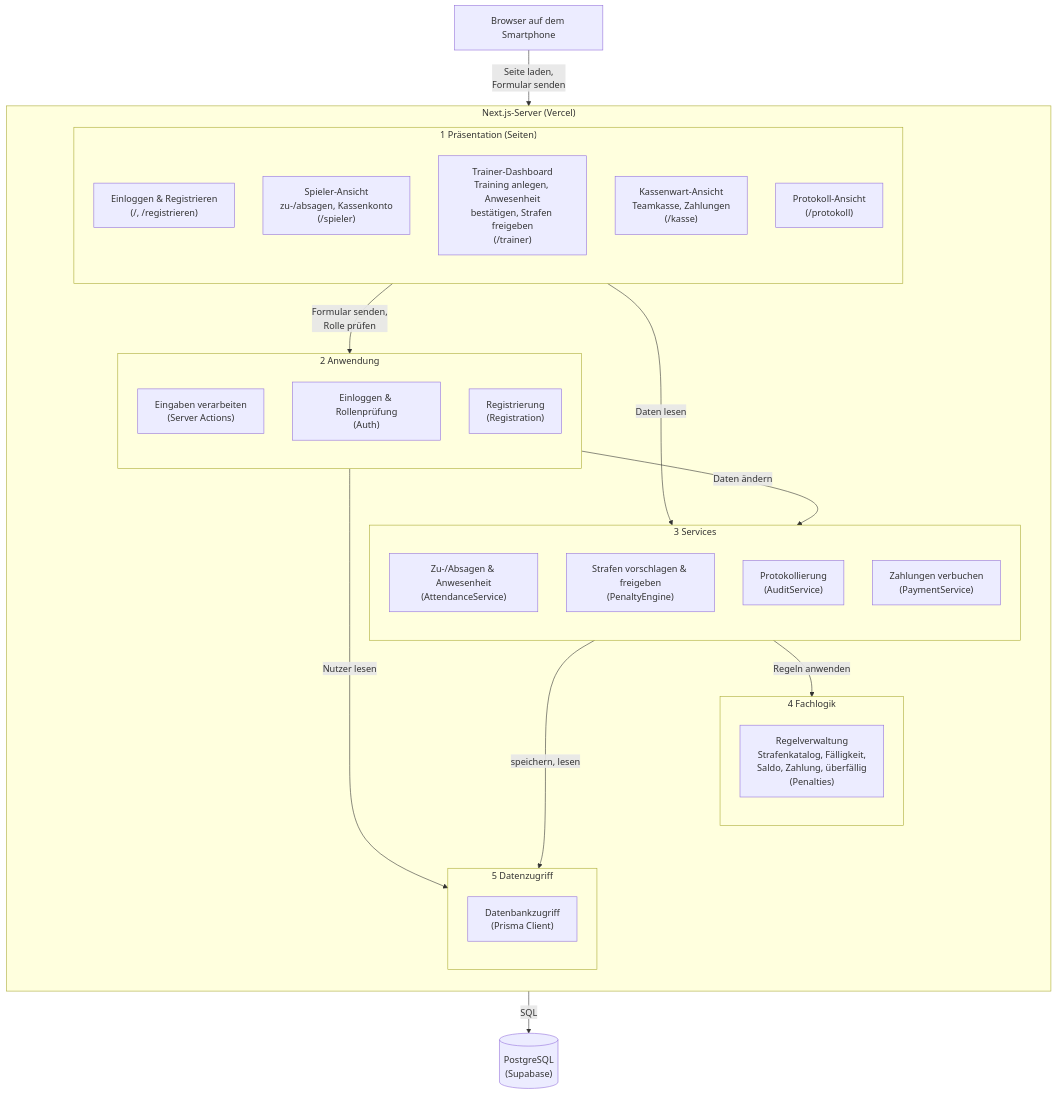
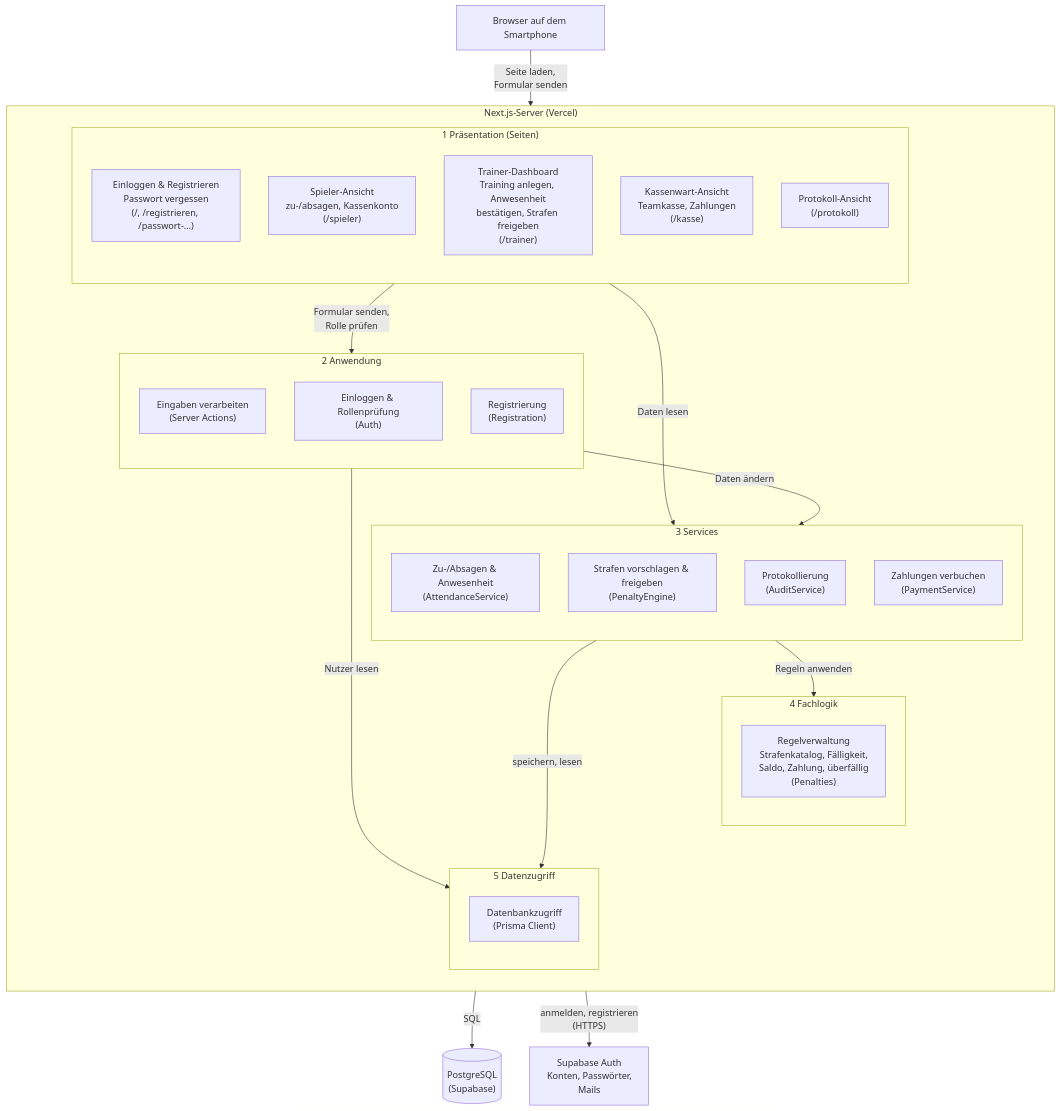
One commit to squadhq-team/squadhq-team changed the first of 2 diagrams in docs/architektur/komponenten.md. Above: the diagram before and after it, drawn with Mermaid. The commit also changed other lines of this file and 30 other files, not shown here.

First line of the commit message:
Anmeldung auf Supabase Auth umstellen

````diff
--- a/docs/architektur/komponenten.md
+++ b/docs/architektur/komponenten.md
@@ -9,50 +9,52 @@
 ```mermaid
 flowchart TB
   B["Browser auf dem Smartphone"]
 
   subgraph Server["Next.js-Server (Vercel)"]
     direction TB
     subgraph S1["1 Präsentation (Seiten)"]
       direction TB
-      P_LOGIN["Einloggen & Registrieren<br/>(/, /registrieren)"]
+      P_LOGIN["Einloggen & Registrieren<br/>Passwort vergessen<br/>(/, /registrieren, /passwort-…)"]
       P_SP["Spieler-Ansicht<br/>zu-/absagen, Kassenkonto<br/>(/spieler)"]
       P_TR["Trainer-Dashboard<br/>Training anlegen, Anwesenheit<br/>bestätigen, Strafen freigeben<br/>(/trainer)"]
       P_KW["Kassenwart-Ansicht<br/>Teamkasse, Zahlungen<br/>(/kasse)"]
       P_LOG["Protokoll-Ansicht<br/>(/protokoll)"]
     end
     subgraph S2["2 Anwendung"]
       direction TB
       ACT["Eingaben verarbeiten<br/>(Server Actions)"]
       AUTH["Einloggen & Rollenprüfung<br/>(Auth)"]
       REG["Registrierung<br/>(Registration)"]
     end
     subgraph S3["3 Services"]
       direction TB
       ATT["Zu-/Absagen & Anwesenheit<br/>(AttendanceService)"]
       PEN["Strafen vorschlagen & freigeben<br/>(PenaltyEngine)"]
       AUD["Protokollierung<br/>(AuditService)"]
       PAY["Zahlungen verbuchen<br/>(PaymentService)"]
     end
     subgraph S4["4 Fachlogik"]
       direction TB
       RULES["Regelverwaltung<br/>Strafenkatalog, Fälligkeit,<br/>Saldo, Zahlung, überfällig<br/>(Penalties)"]
     end
     subgraph S5["5 Datenzugriff"]
       direction TB
       ORM["Datenbankzugriff<br/>(Prisma Client)"]
     end
   end
 
   DB[("PostgreSQL<br/>(Supabase)")]
+  SA["Supabase Auth<br/>Konten, Passwörter,<br/>Mails"]
 
   B -- "Seite laden,<br/>Formular senden" --> S1
   S1 -- "Formular senden,<br/>Rolle prüfen" --> S2
   S1 -- "Daten lesen" --> S3
   S2 -- "Daten ändern" --> S3
   S2 -- "Nutzer lesen" --> S5
   S3 -- "Regeln anwenden" --> S4
   S3 -- "speichern, lesen" --> S5
   S5 -- "SQL" --> DB
+  S2 -- "anmelden, registrieren<br/>(HTTPS)" --> SA
   S4 ~~~ S5
 
 ```
````
